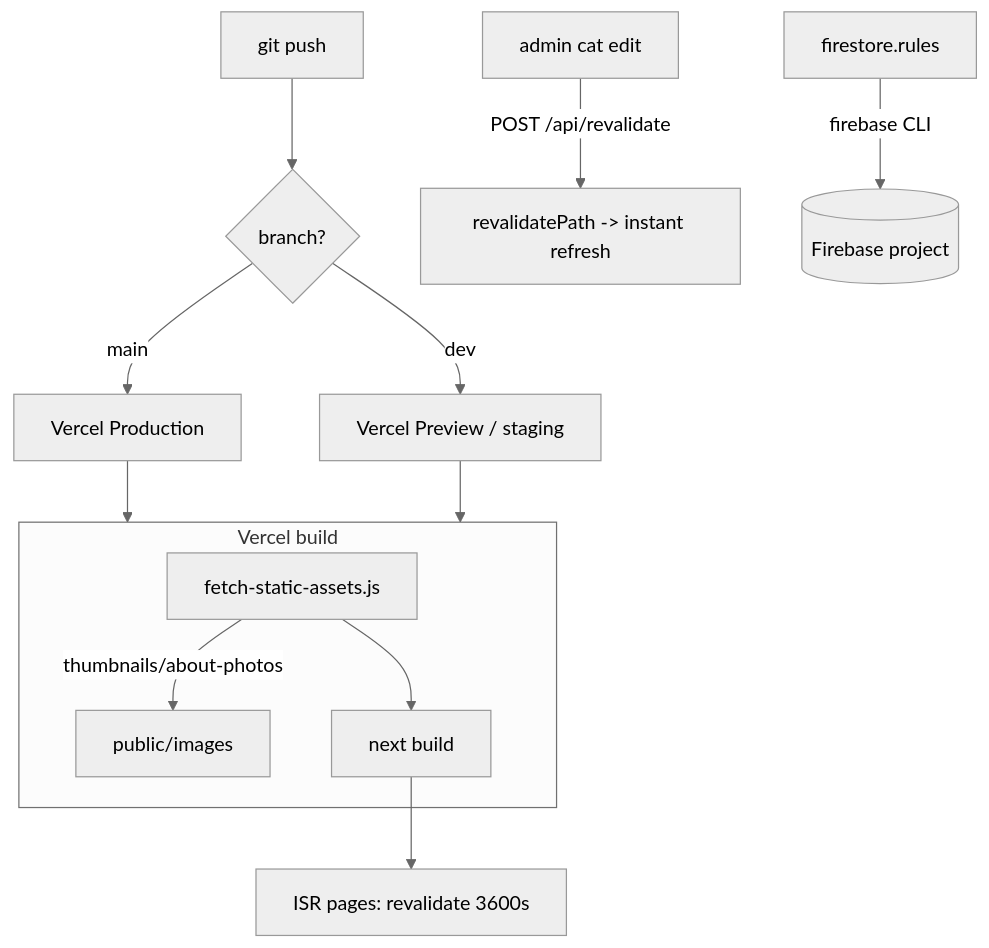
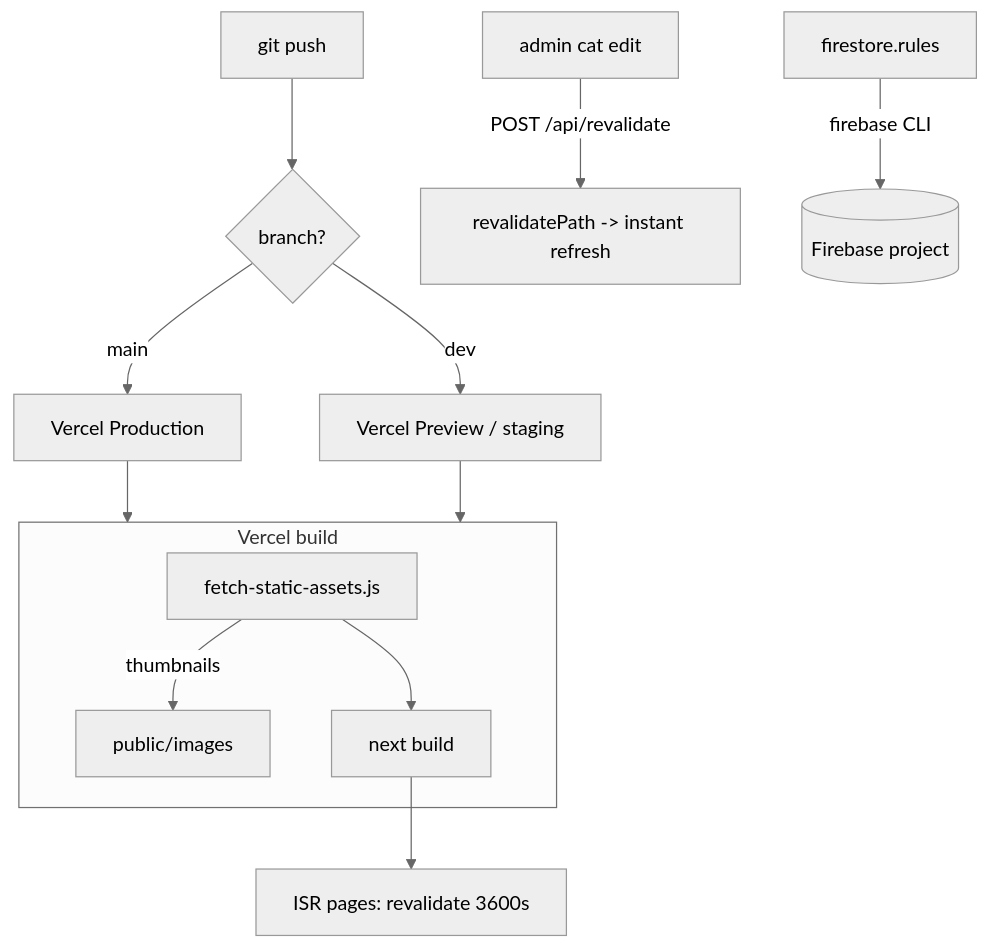
One commit to wwolfyy/mohocat changed the first of 2 diagrams in docs/codebase/deployment-and-build.md. Above: the diagram before and after it, drawn with Mermaid (neutral theme). The commit also changed other lines of this file and 23 other files, not shown here.

````diff
--- a/docs/codebase/deployment-and-build.md
+++ b/docs/codebase/deployment-and-build.md
@@ -27,15 +27,15 @@
 ```mermaid
 flowchart TD
     Dev[git push] --> Branch{branch?}
     Branch -->|main| Prod[Vercel Production]
     Branch -->|dev| Preview[Vercel Preview / staging]
     subgraph Build[Vercel build]
-        Fetch[fetch-static-assets.js] -->|thumbnails/about-photos| Public[public/images]
+        Fetch[fetch-static-assets.js] -->|thumbnails| Public[public/images]
         Fetch --> NextBuild[next build]
     end
     Prod --> Build
     Preview --> Build
     NextBuild --> ISR[ISR pages: revalidate 3600s]
     Admin[admin cat edit] -->|POST /api/revalidate| OnDemand[revalidatePath -> instant refresh]
     Rules[firestore.rules] -->|firebase CLI| Firebase[(Firebase project)]
 ```
````
